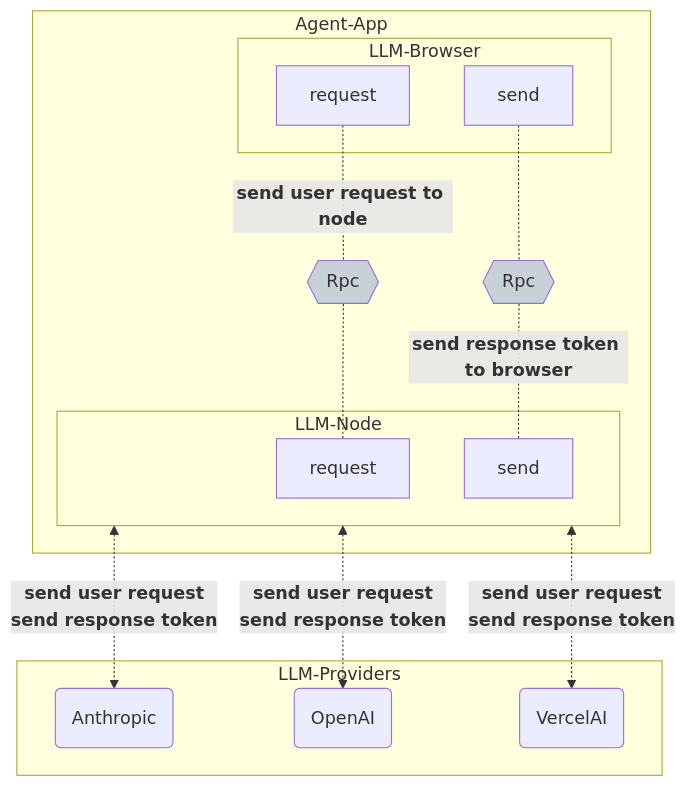
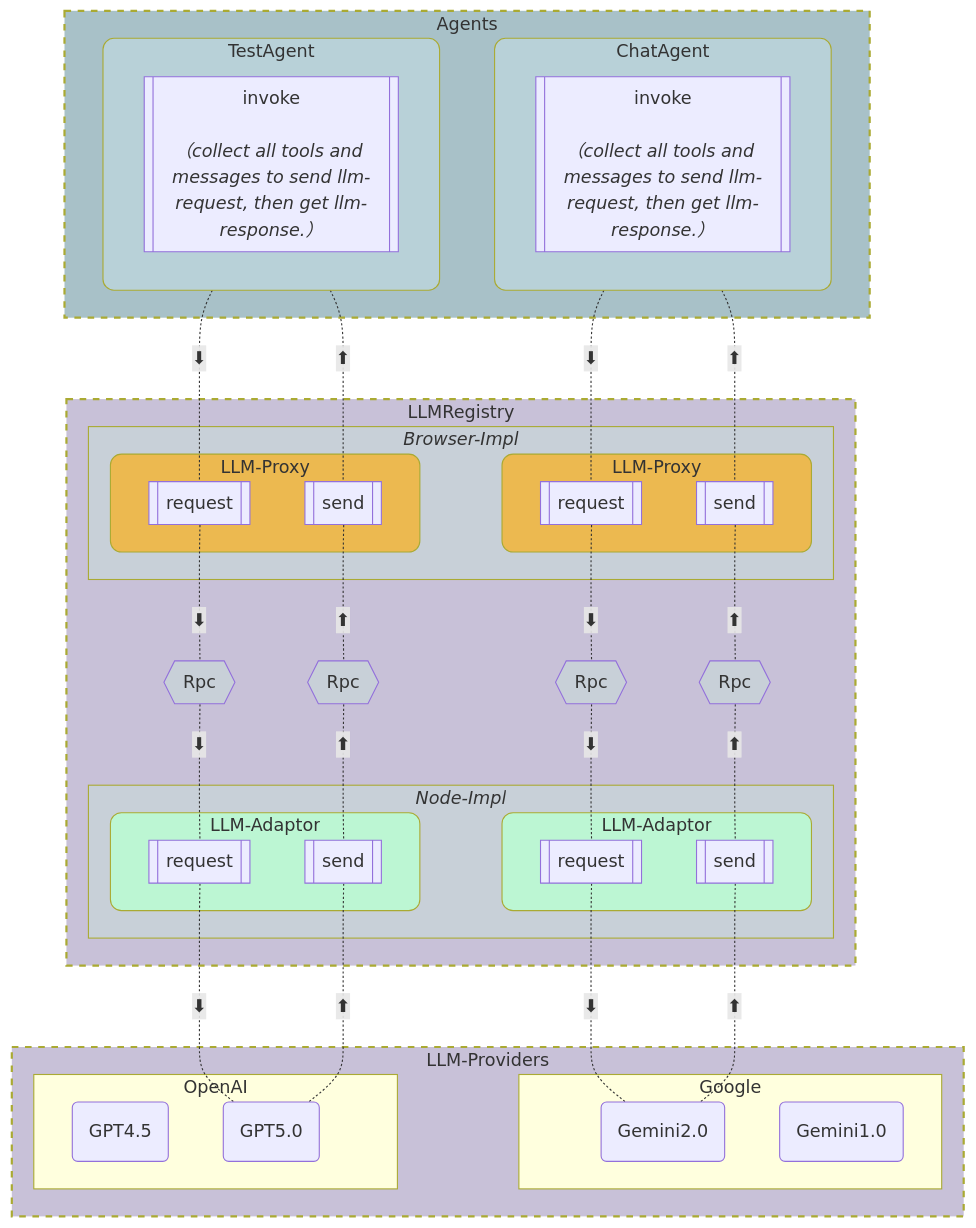
The first of 2 diagrams in docs/.articles/technology/project/gepick/ai/cross-process-streaming-response-mechanism.md (jaylenchen/jaylenchen.github.io), drawn with Mermaid before and after one commit. The commit also changed other lines of this file and 1 other file, not shown here.

Commit message:
chore: add article content

````diff
--- a/docs/.articles/technology/project/gepick/ai/cross-process-streaming-response-mechanism.md
+++ b/docs/.articles/technology/project/gepick/ai/cross-process-streaming-response-mechanism.md
@@ -22,32 +22,91 @@
 ```mermaid
-graph TD
-  subgraph Agent-App
-    subgraph LLMProxy[LLM-Browser]
-      prequest[request]
-      send[send]
+graph TB
+    subgraph Agents[Agents]
+      subgraph Agent1[ChatAgent]
+        invoke1[[invoke</br></br><i>（collect all tools and messages to send llm-request, then get llm-response.）</i>]]
+      end
+    
+      subgraph Agent2[TestAgent]
+        invoke2[[invoke</br></br><i>（collect all tools and messages to send llm-request, then get llm-response.）</i>]]
+      end
+    end
+    
+    subgraph LLMRegistryFrontend[<i>Browser-Impl</i>]
+      subgraph LLMProxy1[LLM-Proxy]
+        preq1[[request]]
+        send1[[send]]
+      end
+    
+      subgraph LLMProxy2[LLM-Proxy]
+        preq2[[request]]
+        send2[[send]]
+      end
+    end
+    
+    subgraph LLMRegistryNode[<i>Node-Impl</i>]
+       subgraph LLMAdaptor1[LLM-Adaptor]
+         req1[[request]]
+         psend1[[send]]
+       end
+    
+    	 subgraph LLMAdaptor2[LLM-Adaptor]
+         req2[[request]]
+         psend2[[send]]
+       end
+    end
+    
+    subgraph LLMRegistry
+      LLMRegistryFrontend
+      LLMRegistryNode
+      
+      Rpc1{{Rpc}}
+      Rpc2{{Rpc}}
+      Rpc3{{Rpc}}
+      Rpc4{{Rpc}}
     end
   
-    subgraph LLM[LLM-Node]
-      request[request]
-      psend[send]
+    
+  
+    subgraph LLM-Providers[LLM-Providers]
+      subgraph Google[Google]
+        GLLM1(Gemini2.0)
+        GLLM2(Gemini1.0)
+      end
+      subgraph OpenAI[OpenAI]
+        OLLM1(GPT4.5)
+        OLLM2(GPT5.0)
+      end
     end
   
-    Rpc1{{Rpc}}
-    Rpc2{{Rpc}}
-  end
+  Agent1 -.- |⬇︎|preq1
+  Agent1 -.- |⬆︎|send1
   
-  subgraph LLM-Providers
-    Anthropic(Anthropic)
-    OpenAI(OpenAI)
-    VercelAI(VercelAI)
-  end
+  Agent2 -.- |⬇︎|preq2
+  Agent2 -.- |⬆︎|send2
   
-  prequest -.-|<b>send user request to node</b>| Rpc1 -.- request
-  send -.- Rpc2 -.-|<b>send response token to browser</b>| psend
-  LLM <-.-> |<b>send user request <br/> send response token</b>| Anthropic
-  LLM <-.-> |<b>send user request <br/> send response token</b>| OpenAI
-  LLM <-.-> |<b>send user request <br/> send response token</b>| VercelAI
+  preq1 -.-|<b>⬇︎</b>| Rpc1 -.-|⬇︎| req1
+  send1 -.- |⬆︎|Rpc2 -.-|<b>⬆︎</b>| psend1
+  req1 -.- |<b>⬇︎</b>| GLLM1
+  psend1 -.- |<b>⬆︎</b>| GLLM1
   
+  preq2 -.-|<b>⬇︎</b>| Rpc3 -.-|⬇︎| req2
+  send2 -.- |⬆︎|Rpc4 -.-|<b>⬆︎</b>| psend2
+  req2 -.- |<b>⬇︎</b>| OLLM2
+  psend2 -.- |<b>⬆︎</b>| OLLM2
+  
+  style Agents fill:#a8c1c8,stroke-dasharray: 6, 6,stroke-width:2px;
+  style Agent1 fill:#b8d1d8,rx:10px,ry:10px;
+  style Agent2 fill:#b8d1d8,rx:10px,ry:10px;
   style Rpc1 fill:#c8d0d8;
   style Rpc2 fill:#c8d0d8;
+  style Rpc3 fill:#c8d0d8;
+  style Rpc4 fill:#c8d0d8;
+  style LLMProxy1 fill:#ecb950,rx:10px,ry:10px;
+  style LLMProxy2 fill:#ecb950,rx:10px,ry:10px;
+  style LLMAdaptor1 fill:#bcf6d3,rx:10px,ry:10px;
+  style LLMAdaptor2 fill:#bcf6d3,rx:10px,ry:10px;
+  style LLMRegistry fill:#c8c1d8,stroke-dasharray: 6, 6,stroke-width:2px;
+  style LLMRegistryFrontend fill:#c8d0d8;
+  style LLMRegistryNode fill:#c8d0d8;
+  style LLM-Providers fill:#c8c1d8,stroke-dasharray: 6, 6,stroke-width:2px;
 ```
````
